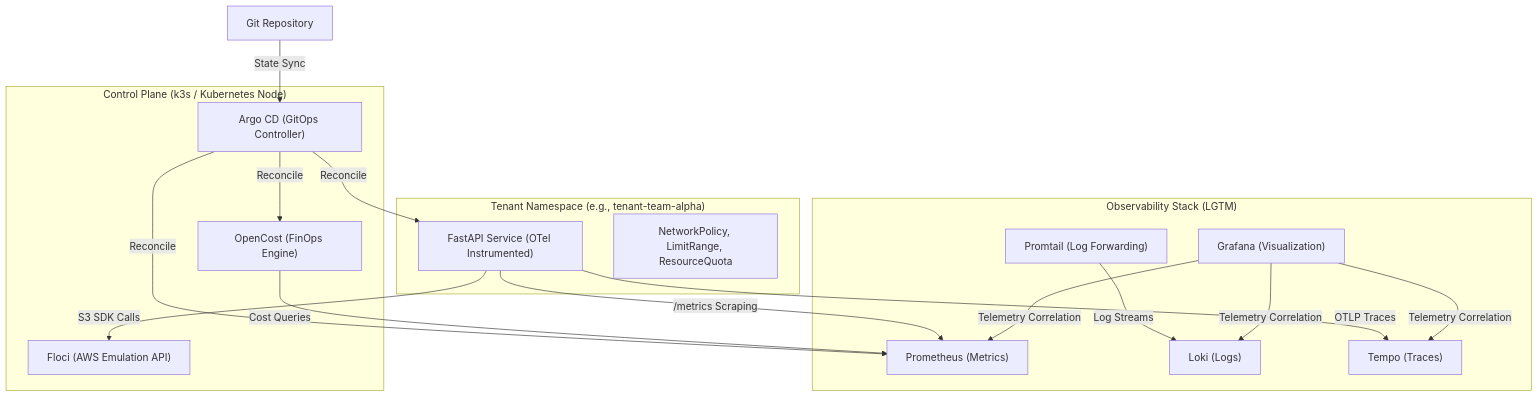
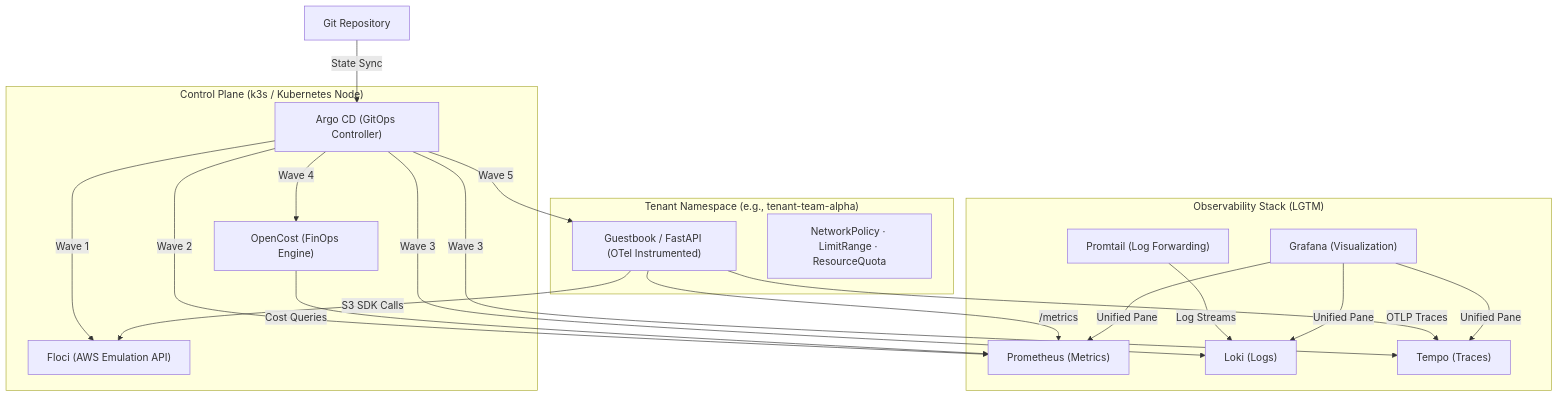
The diagram in README.md (barbaria888/FrugalZeus), drawn with Mermaid before and after one commit. The commit also changed other lines of this file and 8 other files, not shown here.

````diff
--- a/README.md
+++ b/README.md
@@ -29,34 +45,36 @@
 ```mermaid
 graph TB
     subgraph "Control Plane (k3s / Kubernetes Node)"
         ArgoCD["Argo CD (GitOps Controller)"]
         Floci["Floci (AWS Emulation API)"]
         OC["OpenCost (FinOps Engine)"]
     end
 
     subgraph "Observability Stack (LGTM)"
         Prom["Prometheus (Metrics)"]
         Loki["Loki (Logs)"]
         Tempo["Tempo (Traces)"]
         Grafana["Grafana (Visualization)"]
         Promtail["Promtail (Log Forwarding)"]
     end
 
     subgraph "Tenant Namespace (e.g., tenant-team-alpha)"
-        App["FastAPI Service (OTel Instrumented)"]
-        Guardrails["NetworkPolicy, LimitRange, ResourceQuota"]
+        App["Guestbook / FastAPI (OTel Instrumented)"]
+        Guardrails["NetworkPolicy · LimitRange · ResourceQuota"]
     end
 
     GitRepo["Git Repository"] -->|"State Sync"| ArgoCD
-    ArgoCD -->|"Reconcile"| App
-    ArgoCD -->|"Reconcile"| Prom
-    ArgoCD -->|"Reconcile"| OC
+    ArgoCD -->|"Wave 1"| Floci
+    ArgoCD -->|"Wave 2"| Prom
+    ArgoCD -->|"Wave 3"| Loki & Tempo
+    ArgoCD -->|"Wave 4"| OC
+    ArgoCD -->|"Wave 5"| App
 
     App -->|"OTLP Traces"| Tempo
-    App -->|"/metrics Scraping"| Prom
+    App -->|"/metrics"| Prom
     Promtail -->|"Log Streams"| Loki
 
     OC -->|"Cost Queries"| Prom
-    Grafana -->|"Telemetry Correlation"| Prom & Loki & Tempo
+    Grafana -->|"Unified Pane"| Prom & Loki & Tempo
     App -->|"S3 SDK Calls"| Floci
 ```
````
